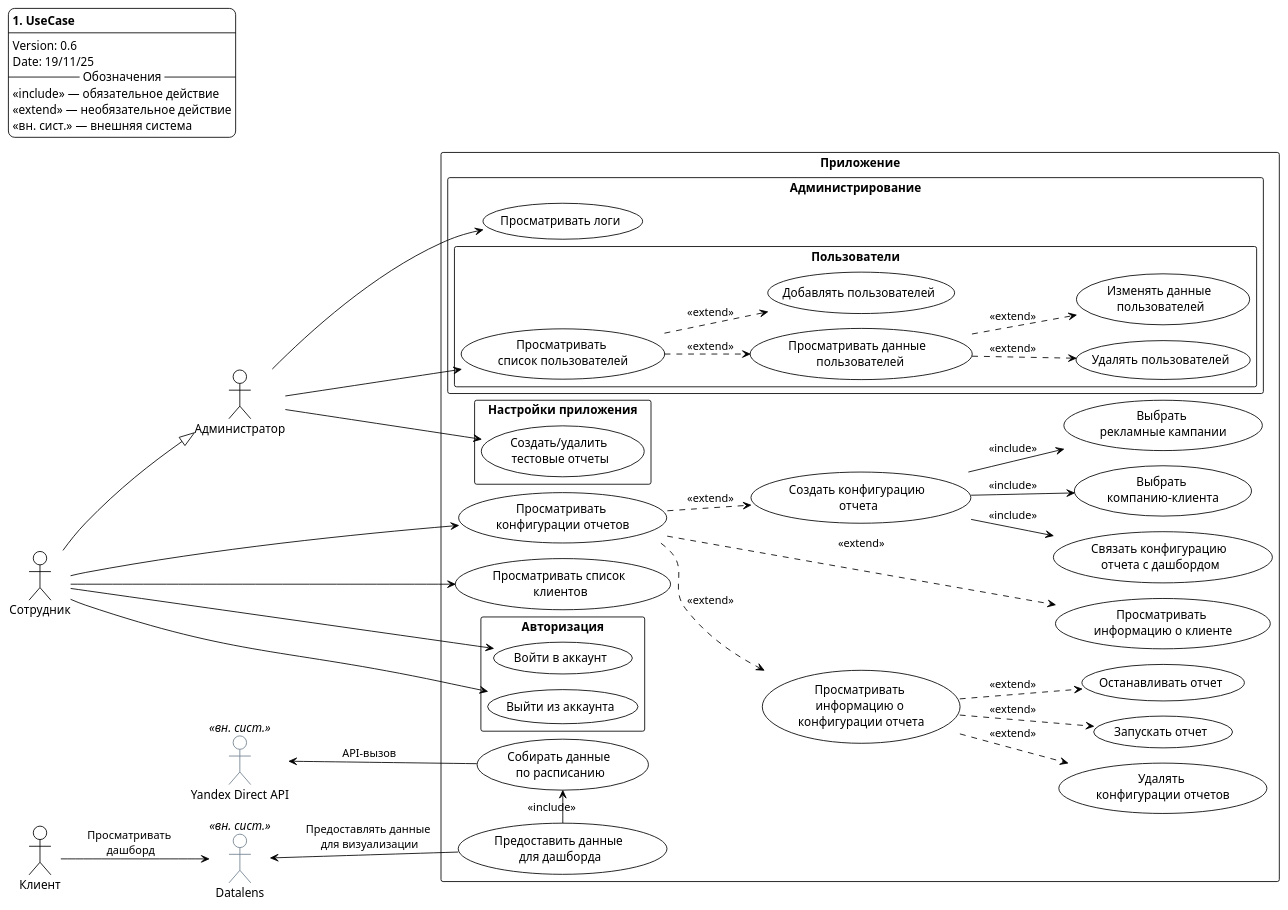
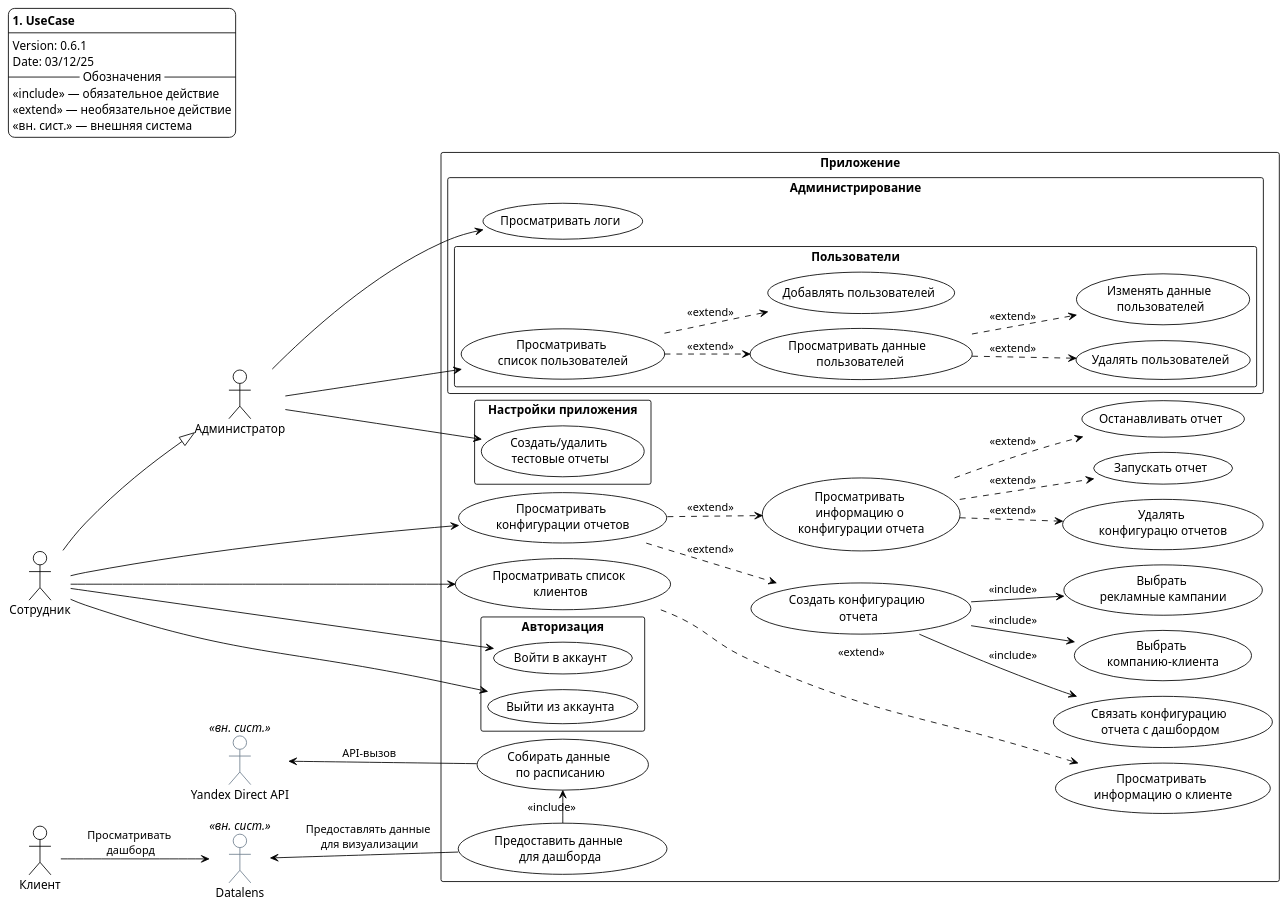
Before and after one commit to Poke0647/ads-yandex-direct-reports-service: the diagram in documentation/usecase/usecase.puml, drawn with PlantUML. The commit also changed 3 other files, not shown here.

```diff
--- a/documentation/usecase/usecase.puml
+++ b/documentation/usecase/usecase.puml
@@ -1,107 +1,107 @@
 @startuml UseCase
 
 left to right direction
 !pragma layout smetana
 !theme plain
 'skinparam linetype polyline
 
 legend top left
     <b>1. UseCase</b>
     ----
-    Version: 0.6
-    Date: 19/11/25
+    Version: 0.6.1
+    Date: 03/12/25
 '    -- Автор --
 '    Pavel Isaenko
     -- Обозначения --
     <<include>> — обязательное действие
     <<extend>> — необязательное действие
     <<вн. сист.>> — внешняя система
 end legend
 
 actor Сотрудник
 actor Администратор
 Сотрудник -right-|> Администратор
 actor Клиент
 actor "Yandex Direct API" as YDAPI <<вн. сист.>> #line:SlateGrey
 actor Datalens  <<вн. сист.>> #line:SlateGrey
 
 rectangle "Приложение" as App {
     usecase "Просматривать \nконфигурации отчетов" as UC1
     usecase "Создать конфигурацию \nотчета" as UC1_1
     usecase "Выбрать \nкомпанию-клиента" as UC1_1_1
     usecase "Выбрать \nрекламные кампании" as UC1_1_2
 '    usecase "Выбрать параметры" as UC1_1_3                         ' Оставлено на будущее
     usecase "Связать конфигурацию \nотчета с дашбордом" as UC1_1_4
     usecase "Просматривать \nинформацию о \nконфигурации отчета" as UC1_2
     usecase "Запускать отчет" as UC1_2_1
     usecase "Останавливать отчет" as UC1_2_2
-    usecase "Удалять \nконфигурации отчетов" as UC1_2_3
-    usecase "Просматривать \nинформацию о клиенте" as UC1_3
+    usecase "Удалять \nконфигурацю отчетов" as UC1_2_3
+    usecase "Просматривать \nинформацию о клиенте" as UC2_1
 
     usecase "Просматривать список \nклиентов" as UC2
 '    rectangle "s" {                                                ' Оставлено на будущее
 '        usecase "Настроить частоту \nсбора данных" as UC4_1        ' Оставлено на будущее
 '        usecase "Протестировать соединение" as UC4_2               ' Оставлено на будущее
 '    }                                                              ' Оставлено на будущее
     usecase "Предоставить данные \nдля дашборда" as UC3
     usecase "Собирать данные \nпо расписанию" as UC4
     rectangle "Администрирование" {
         rectangle "Пользователи" {
                     usecase "Просматривать \nсписок пользователей" as UC5
                     usecase "Просматривать данные \n пользователей" as UC5_1
                     usecase "Удалять пользователей" as UC5_2
                     usecase "Добавлять пользователей" as UC5_3
                     usecase "Изменять данные \nпользователей" as UC5_4
         }
         usecase "Просматривать логи" as UC6
     }
     rectangle "Настройки приложения" {
 '        usecase "Изменить частоту \nсбора данных" as UC7           ' Оставлено на будущее
         usecase "Создать/удалить \nтестовые отчеты" as UC8
     }
     rectangle "Авторизация" {
         usecase "Войти в аккаунт" as UC9
         usecase "Выйти из аккаунта" as UC10
     }
 }
 
 Сотрудник ---> UC1
 Сотрудник --> UC2
 
 UC1 ..> UC1_1 : <<extend>>
 UC1 ..> UC1_2 : <<extend>>
-UC1 ...> UC1_3 : <<extend>>
+UC2 ...> UC2_1 : <<extend>>
 
 UC1_1 --> UC1_1_1 : <<include>>
 UC1_1 --> UC1_1_2 : <<include>>
 'UC1_1 --> UC1_1_3 : <<include>>                                    ' Оставлено на будущее
 UC1_1 --> UC1_1_4 : <<include>>
 
 UC1_2 ..> UC1_2_3 : <<extend>>
 
 UC1_2 ..> UC1_2_1 : <<extend>>
 UC1_2 ..> UC1_2_2 : <<extend>>
 
 Сотрудник --> UC9
 Сотрудник --> UC10
 
 Администратор --> UC5
 UC5 ..> UC5_1 : <<extend>>
 'UC5 ...> UC5_2 : <<extend>>                                        ' Оставлено на будущее
 UC5 ..> UC5_3 : <<extend>>
 UC5_1 ..> UC5_2 : <<extend>>
 UC5_1 ..> UC5_4 : <<extend>>
 
 'Администратор --> UC7                                              ' Оставлено на будущее
 Администратор --> UC8
 Администратор --> UC6
 
 UC3 -up-> Datalens : Предоставлять данные \nдля визуализации
 
 UC4 -up-> YDAPI : API-вызов
 
 UC3 -> UC4 : <<include>>
 
 Клиент --> Datalens : Просматривать \nдашборд
 
 @enduml
```
